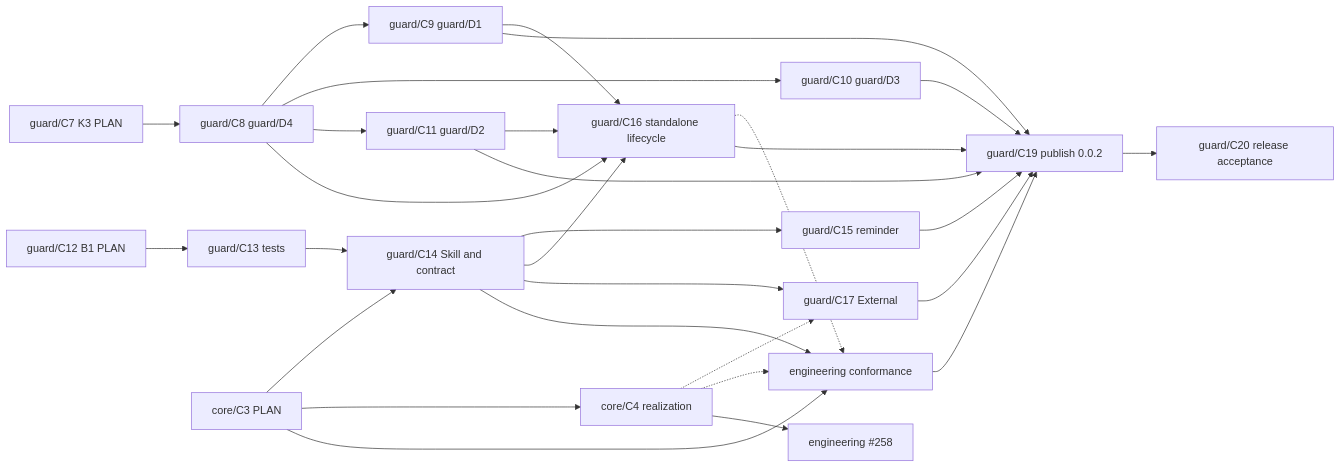
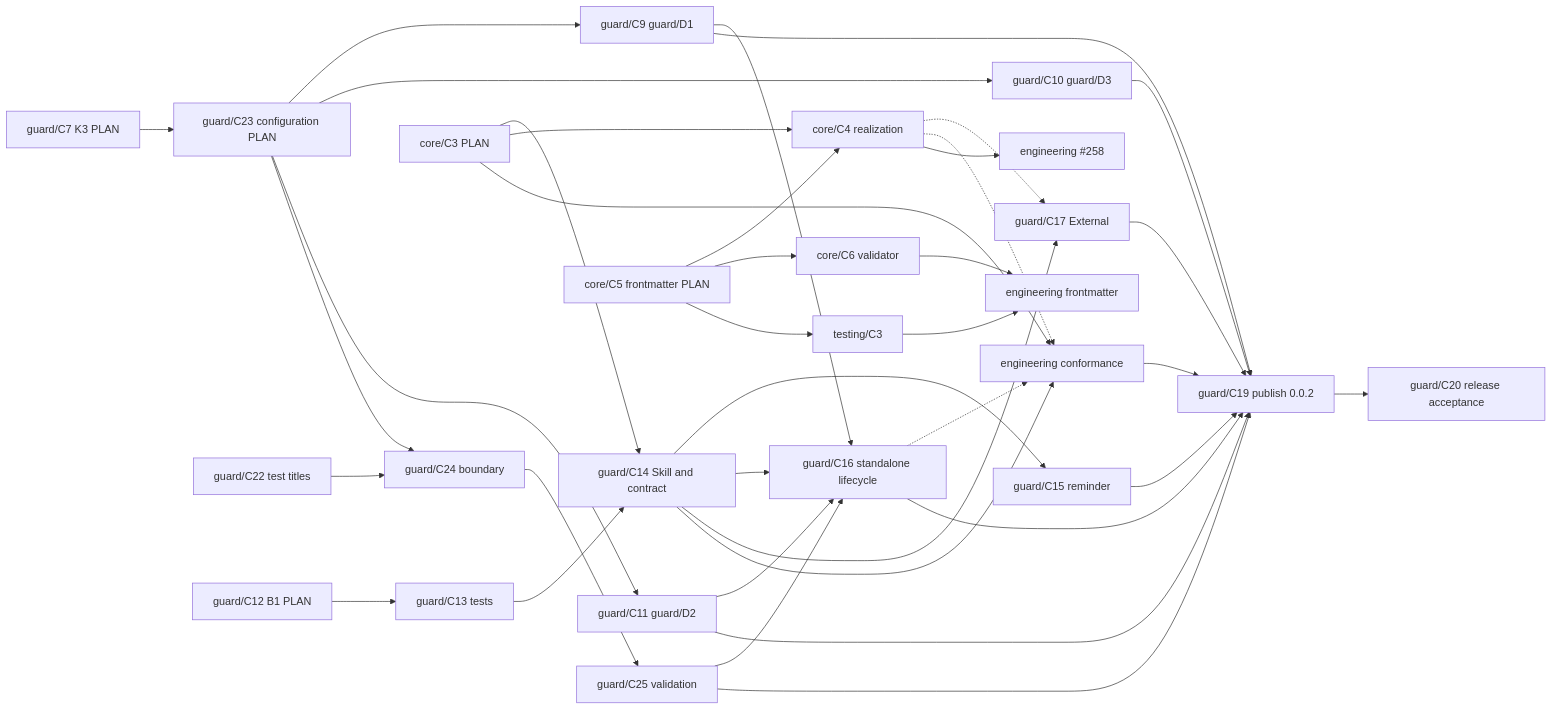
Before and after one commit to Kai-Hacks-AI/KAAL: the diagram in engineering/guard/change.md, drawn with Mermaid. The commit also changed other lines of this file and 4 other files, not shown here.

First line of the commit message:
guard/C23: plan guard.json as Guard's configuration language

````diff
--- a/engineering/guard/change.md
+++ b/engineering/guard/change.md
@@ -126,31 +157,40 @@
 ```mermaid
 graph LR
-  C7[guard/C7 K3 PLAN] --> C8[guard/C8 guard/D4]
-  C8 --> C9[guard/C9 guard/D1]
-  C8 --> C10[guard/C10 guard/D3]
-  C8 --> C11[guard/C11 guard/D2]
+  C7[guard/C7 K3 PLAN] --> C23[guard/C23 configuration PLAN]
+  C23 --> C9[guard/C9 guard/D1]
+  C23 --> C10[guard/C10 guard/D3]
+  C23 --> C11[guard/C11 guard/D2]
+  C22[guard/C22 test titles] --> C24[guard/C24 boundary]
+  C23 --> C24
+  C24 --> C25[guard/C25 validation]
   C12[guard/C12 B1 PLAN] --> C13[guard/C13 tests]
   C13 --> C14[guard/C14 Skill and contract]
   CP[core/C3 PLAN] --> C14
   C14 --> C15[guard/C15 reminder]
   C14 --> C16[guard/C16 standalone lifecycle]
-  C8 --> C16
+  C25 --> C16
   C9 --> C16
   C11 --> C16
   C14 --> C17[guard/C17 External]
   CP --> CR[core/C4 realization]
+  FM5[core/C5 frontmatter PLAN] --> CR
+  FM5 --> FM6[core/C6 validator]
+  FM5 --> TT[testing/C3]
+  FM6 --> FE[engineering frontmatter]
+  TT --> FE
   CR -.-> C17
   C14 --> EC[engineering conformance]
   CP --> EC
   C16 -.-> EC
   CR -.-> EC
   CR --> EA[engineering #258]
   C9 --> C19[guard/C19 publish 0.0.2]
   C10 --> C19
   C11 --> C19
   C15 --> C19
   C16 --> C19
+  C25 --> C19
   C17 --> C19
   EC --> C19
   C19 --> C20[guard/C20 release acceptance]
 ```
````
